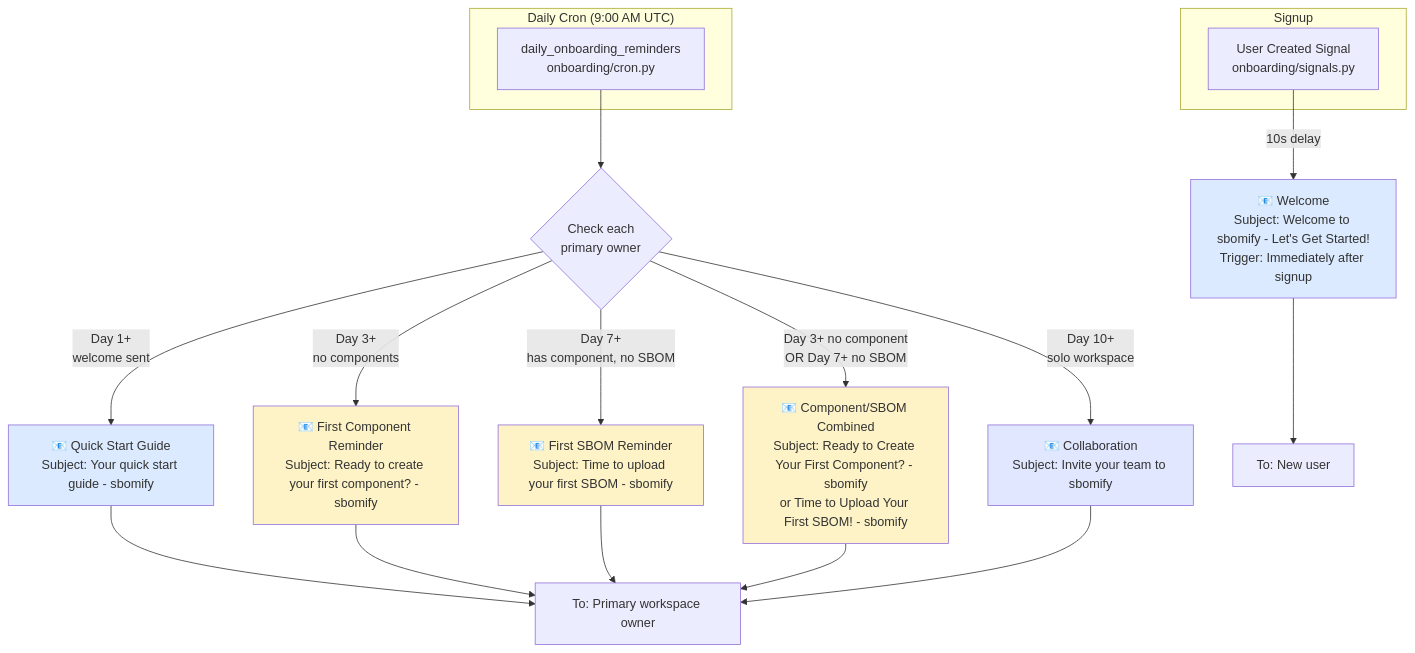
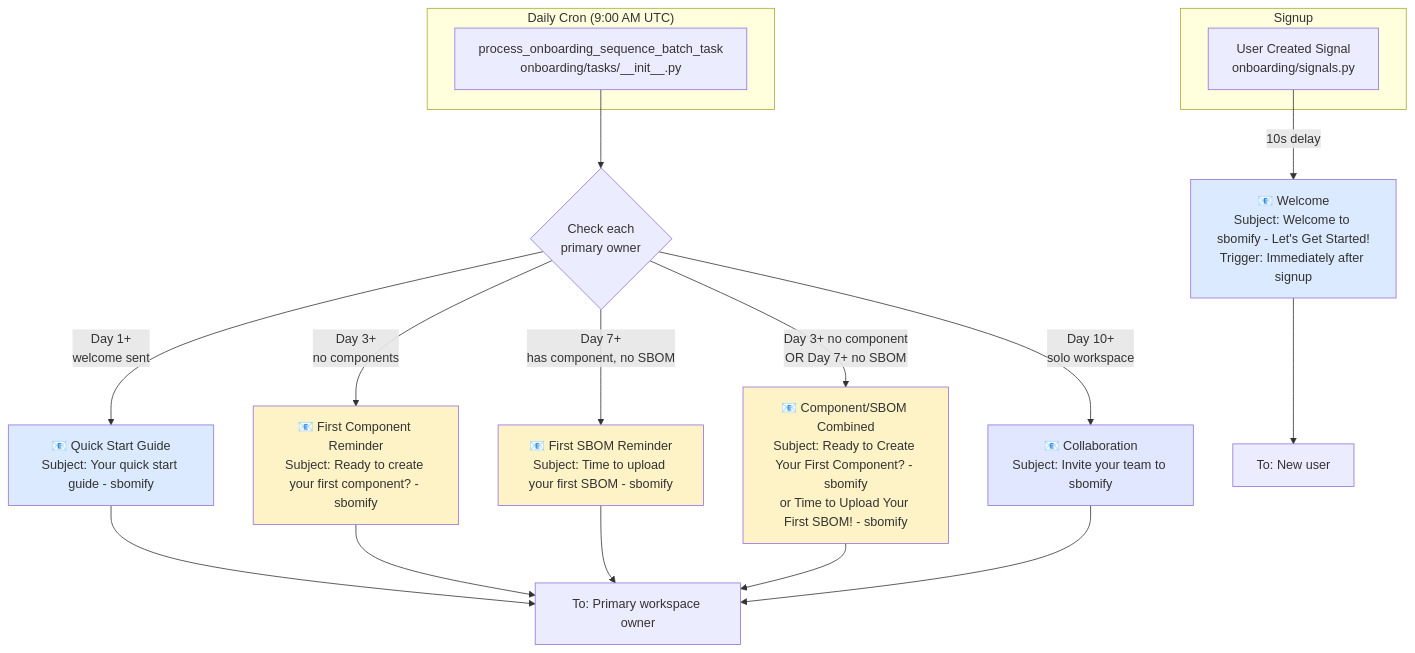
One commit to sbomify/sbomify changed the second of 7 diagrams in docs/email-triggers.md. Above: the diagram before and after it, drawn with Mermaid. The commit also changed other lines of this file and 1 other file, not shown here.

First line of the commit message:
docs: describe list-returning notification providers and the moved drip cron

````diff
--- a/docs/email-triggers.md
+++ b/docs/email-triggers.md
@@ -85,38 +85,38 @@
 ```mermaid
 flowchart TD
     subgraph Signup
         S1[User Created Signal\nonboarding/signals.py]
     end
 
     subgraph "Daily Cron (9:00 AM UTC)"
-        C1[daily_onboarding_reminders\nonboarding/cron.py]
+        C1[process_onboarding_sequence_batch_task\nonboarding/tasks/__init__.py]
     end
 
     S1 --> |"10s delay"| E1["📧 Welcome\nSubject: Welcome to sbomify - Let's Get Started!\nTrigger: Immediately after signup"]
 
     C1 --> CHECK{Check each\nprimary owner}
 
     CHECK --> |"Day 1+\nwelcome sent"| E2["📧 Quick Start Guide\nSubject: Your quick start guide - sbomify"]
 
     CHECK --> |"Day 3+\nno components"| E3["📧 First Component Reminder\nSubject: Ready to create your first component? - sbomify"]
 
     CHECK --> |"Day 7+\nhas component, no SBOM"| E4["📧 First SBOM Reminder\nSubject: Time to upload your first SBOM - sbomify"]
 
     CHECK --> |"Day 3+ no component\nOR Day 7+ no SBOM"| E5["📧 Component/SBOM Combined\nSubject: Ready to Create Your First Component? - sbomify\nor Time to Upload Your First SBOM! - sbomify"]
 
     CHECK --> |"Day 10+\nsolo workspace"| E6["📧 Collaboration\nSubject: Invite your team to sbomify"]
 
     E1 --> R1[To: New user]
     E2 --> R2[To: Primary workspace owner]
     E3 --> R2
     E4 --> R2
     E5 --> R2
     E6 --> R2
 
     style E1 fill:#dbeafe
     style E2 fill:#dbeafe
     style E3 fill:#fef3c7
     style E4 fill:#fef3c7
     style E5 fill:#fef3c7
     style E6 fill:#e0e7ff
 ```
````
